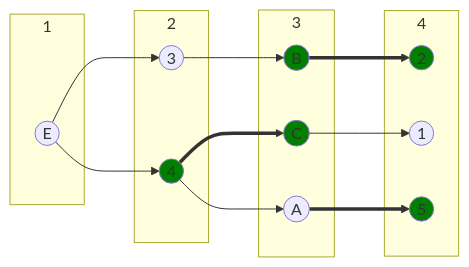
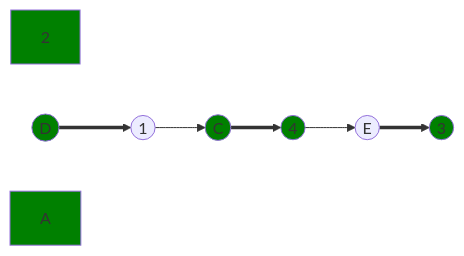
The fourth of 4 diagrams in Задание 8/girls.md (algos-ris-24-3/manual-tasks), drawn with Mermaid before and after one commit. The commit also changed other lines of this file, not shown here.

````diff
--- a/Задание 8/girls.md
+++ b/Задание 8/girls.md
@@ -145,29 +145,18 @@
 ```mermaid
 graph LR
-    subgraph " 1 "
-        E((E))
-    end
-    subgraph " 2 "
-        3((3))
-        4((4))
-    end
-    subgraph " 3 "
-        B((B))
-        C((C))
-        A((A))
-    end
-    subgraph " 4 "
-        2((2))
-        1((1))
-        5((5))
-    end
-    E --> 3 --> B ==> 2
-    E --> 4 ==> C --> 1
-    4 --> A ==> 5
+    E((E))
+    C((C))
+    D((D))
+    1((1))
+    3((3))
+    4((4))
+
+    D ==> 1 --> C ==> 4 --> E ==> 3
     
+    style A fill:#008000
+    style C fill:#008000
+    style D fill:#008000
     style 4 fill:#008000
-    style C fill:#008000
-    style B fill:#008000
-    style 5 fill:#008000
     style 2 fill:#008000
+    style 3 fill:#008000
 ```
````
